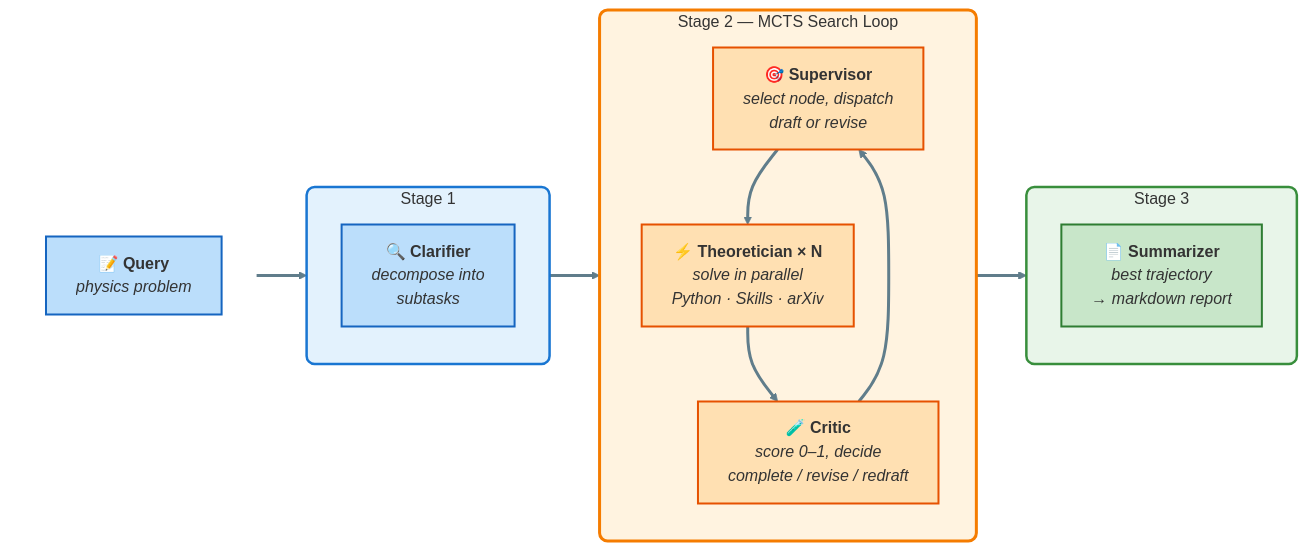
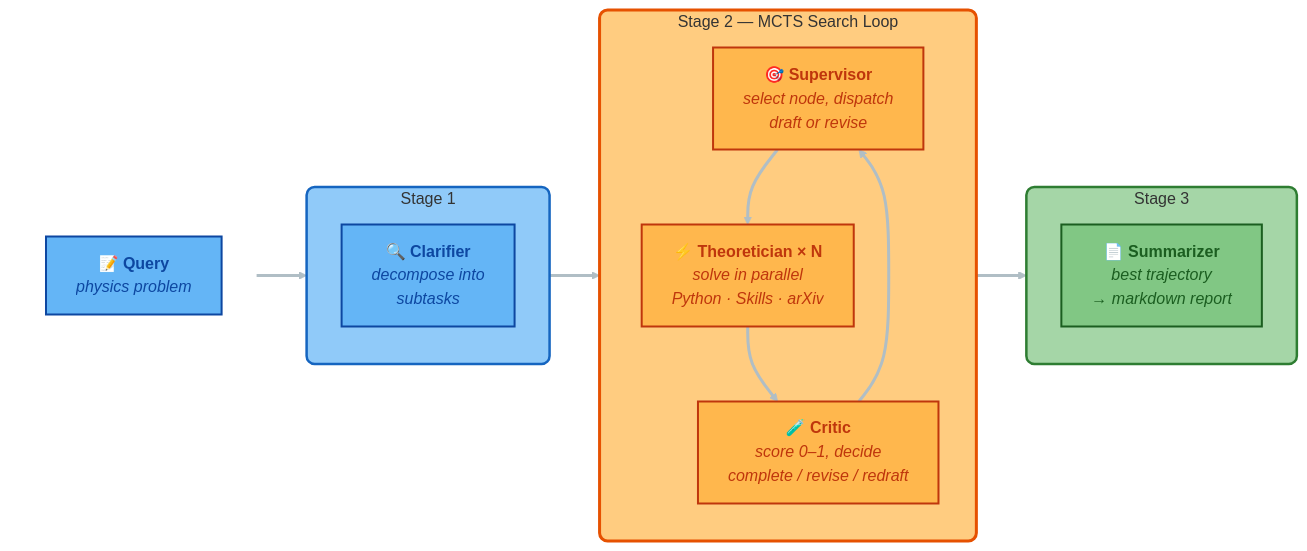
Before and after one commit to sjtu-sai-agents/PhysMaster: the diagram in README.md, drawn with Mermaid.

Commit message:
init commit

````diff
--- a/README.md
+++ b/README.md
@@ -28,41 +28,41 @@
 ```mermaid
 flowchart LR
     subgraph INPUT [" "]
         direction TB
         Q["📝 <b>Query</b><br/><i>physics problem</i>"]
     end
 
     subgraph STAGE1 ["Stage 1"]
         direction TB
         CL["🔍 <b>Clarifier</b><br/><i>decompose into<br/>subtasks</i>"]
     end
 
     subgraph MCTS ["Stage 2 — MCTS Search Loop"]
         direction TB
         SUP["🎯 <b>Supervisor</b><br/><i>select node, dispatch<br/>draft or revise</i>"]
         THEO["⚡ <b>Theoretician × N</b><br/><i>solve in parallel<br/>Python · Skills · arXiv</i>"]
         CRIT["🧪 <b>Critic</b><br/><i>score 0–1, decide<br/>complete / revise / redraft</i>"]
         SUP --> THEO --> CRIT --> SUP
     end
 
     subgraph STAGE3 ["Stage 3"]
         direction TB
         SUM["📄 <b>Summarizer</b><br/><i>best trajectory<br/>→ markdown report</i>"]
     end
 
     Q --> CL --> MCTS --> SUM
 
     style INPUT fill:none,stroke:none
-    style STAGE1 fill:#e3f2fd,stroke:#1976d2,stroke-width:2.5px,rx:8
-    style MCTS fill:#fff3e0,stroke:#f57c00,stroke-width:3px,rx:8
-    style STAGE3 fill:#e8f5e9,stroke:#388e3c,stroke-width:2.5px,rx:8
+    style STAGE1 fill:#90caf9,stroke:#1565c0,stroke-width:2.5px,rx:8
+    style MCTS fill:#ffcc80,stroke:#e65100,stroke-width:3px,rx:8
+    style STAGE3 fill:#a5d6a7,stroke:#2e7d32,stroke-width:2.5px,rx:8
 
-    style Q fill:#bbdefb,stroke:#1565c0,stroke-width:2px
-    style CL fill:#bbdefb,stroke:#1565c0,stroke-width:2px
-    style SUP fill:#ffe0b2,stroke:#e65100,stroke-width:2px
-    style THEO fill:#ffe0b2,stroke:#e65100,stroke-width:2px
-    style CRIT fill:#ffe0b2,stroke:#e65100,stroke-width:2px
-    style SUM fill:#c8e6c9,stroke:#2e7d32,stroke-width:2px
+    style Q fill:#64b5f6,stroke:#0d47a1,stroke-width:2px,color:#0d47a1
+    style CL fill:#64b5f6,stroke:#0d47a1,stroke-width:2px,color:#0d47a1
+    style SUP fill:#ffb74d,stroke:#bf360c,stroke-width:2px,color:#bf360c
+    style THEO fill:#ffb74d,stroke:#bf360c,stroke-width:2px,color:#bf360c
+    style CRIT fill:#ffb74d,stroke:#bf360c,stroke-width:2px,color:#bf360c
+    style SUM fill:#81c784,stroke:#1b5e20,stroke-width:2px,color:#1b5e20
 
-    linkStyle default stroke:#607d8b,stroke-width:3px
+    linkStyle default stroke:#b0bec5,stroke-width:3px
 ```
````
